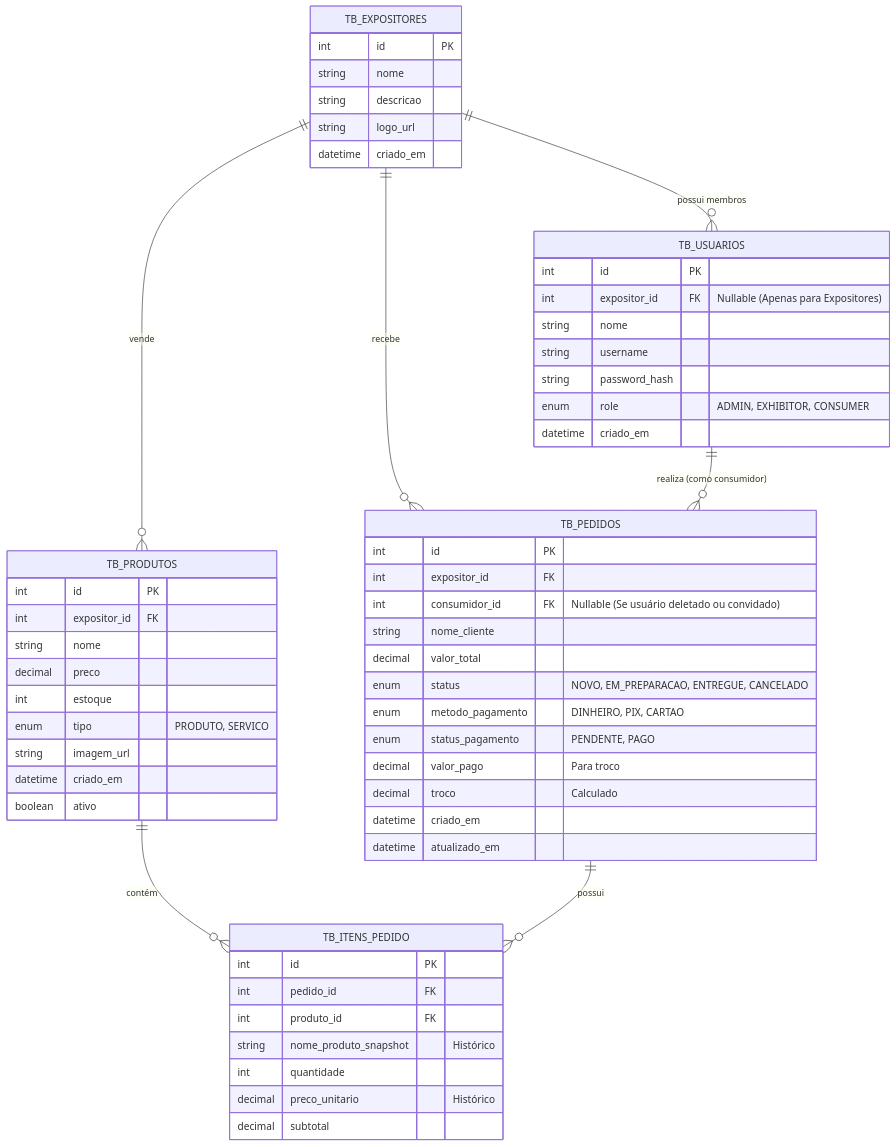
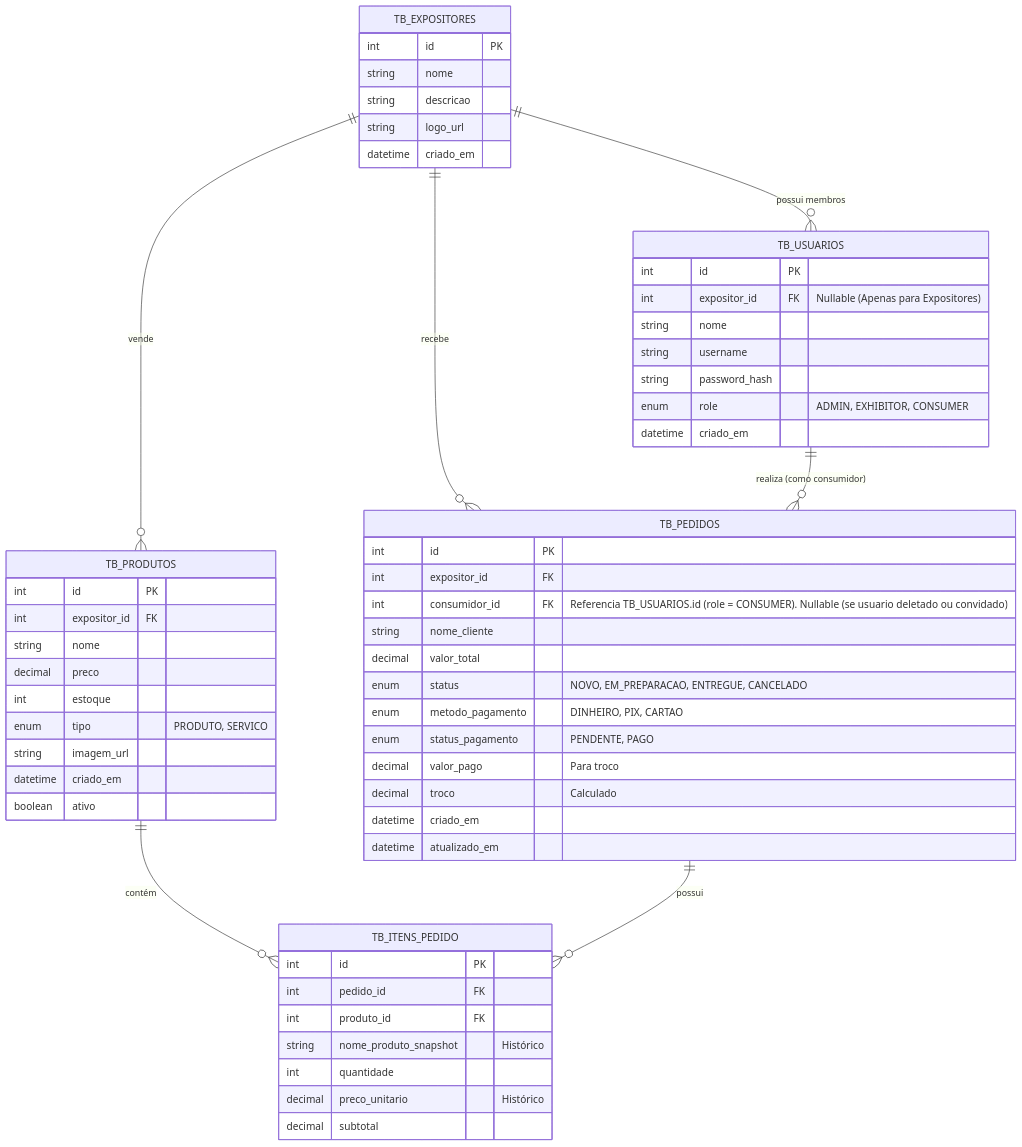
The diagram in 2025.2/Hackaton/modelo_banco_dados.md (AdrianHaelisson/IFS), drawn with Mermaid before and after one commit. The commit also changed other lines of this file and 86 other files, not shown here.

````diff
--- a/2025.2/Hackaton/modelo_banco_dados.md
+++ b/2025.2/Hackaton/modelo_banco_dados.md
@@ -7,64 +7,64 @@
 ```mermaid
 erDiagram
     TB_EXPOSITORES ||--o{ TB_USUARIOS : "possui membros"
     TB_EXPOSITORES ||--o{ TB_PRODUTOS : "vende"
     TB_EXPOSITORES ||--o{ TB_PEDIDOS : "recebe"
     TB_USUARIOS ||--o{ TB_PEDIDOS : "realiza (como consumidor)"
     TB_PRODUTOS ||--o{ TB_ITENS_PEDIDO : "contém"
     TB_PEDIDOS ||--o{ TB_ITENS_PEDIDO : "possui"
 
     TB_EXPOSITORES {
         int id PK
         string nome
         string descricao
         string logo_url
         datetime criado_em
     }
 
     TB_USUARIOS {
         int id PK
         int expositor_id FK "Nullable (Apenas para Expositores)"
         string nome
         string username
         string password_hash
         enum role "ADMIN, EXHIBITOR, CONSUMER"
         datetime criado_em
     }
 
     TB_PRODUTOS {
         int id PK
         int expositor_id FK
         string nome
         decimal preco
         int estoque
         enum tipo "PRODUTO, SERVICO"
         string imagem_url
         datetime criado_em
         boolean ativo
     }
 
     TB_PEDIDOS {
         int id PK
         int expositor_id FK
-        int consumidor_id FK "Nullable (Se usuário deletado ou convidado)"
+        int consumidor_id FK "Referencia TB_USUARIOS.id (role = CONSUMER). Nullable (se usuario deletado ou convidado)"
         string nome_cliente
         decimal valor_total
         enum status "NOVO, EM_PREPARACAO, ENTREGUE, CANCELADO"
         enum metodo_pagamento "DINHEIRO, PIX, CARTAO"
         enum status_pagamento "PENDENTE, PAGO"
         decimal valor_pago "Para troco"
         decimal troco "Calculado"
         datetime criado_em
         datetime atualizado_em
     }
 
     TB_ITENS_PEDIDO {
         int id PK
         int pedido_id FK
         int produto_id FK
         string nome_produto_snapshot "Histórico"
         int quantidade
         decimal preco_unitario "Histórico"
         decimal subtotal
     }
 ```
````
